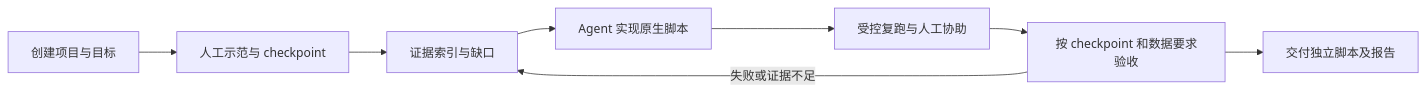
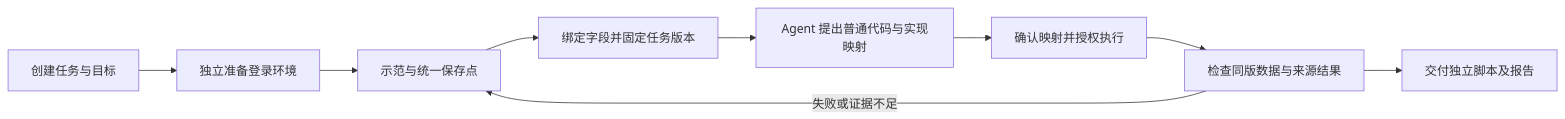
The diagram in docs/design.md (ghostroller/browser-evidence-studio), drawn with Mermaid before and after one commit. The commit also changed other lines of this file and 10 other files, not shown here.

```diff
--- a/docs/design.md
+++ b/docs/design.md
@@ -20,10 +20,11 @@
 ~~~mermaid
 flowchart LR
-  A[创建项目与目标] --> B[人工示范与 checkpoint]
-  B --> C[证据索引与缺口]
-  C --> D[Agent 实现原生脚本]
-  D --> E[受控复跑与人工协助]
-  E --> F[按 checkpoint 和数据要求验收]
-  F --> G[交付独立脚本及报告]
-  F -->|失败或证据不足| C
+  A[创建任务与目标] --> B[独立准备登录环境]
+  B --> C[示范与统一保存点]
+  C --> D[绑定字段并固定任务版本]
+  D --> E[Agent 提出普通代码与实现映射]
+  E --> F[确认映射并授权执行]
+  F --> G[检查同版数据与来源结果]
+  G --> H[交付独立脚本及报告]
+  G -->|失败或证据不足| C
 ~~~
```
